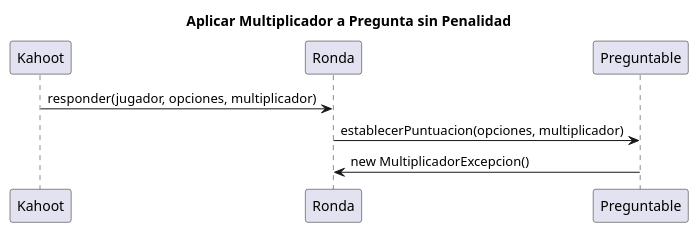
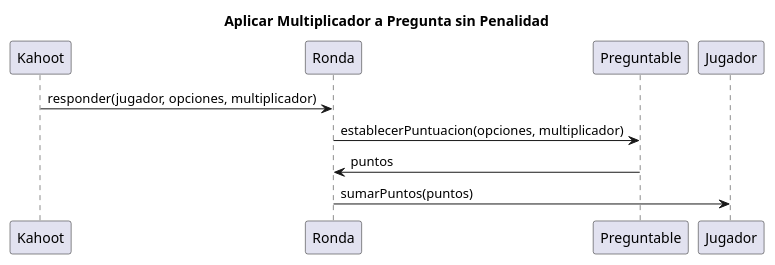
The diagram in doc/Diagramas/Diagramas_Secuencia/Multiplicador/aplicarMultiplicadorError.plantuml (gylopezgiles/TP2), drawn with PlantUML before and after one commit. The commit also changed 2 other files, not shown here.

Commit message:
arreglo diagrama de secuencia con nuevo comportamiento

```diff
--- a/doc/Diagramas/Diagramas_Secuencia/Multiplicador/aplicarMultiplicadorError.plantuml
+++ b/doc/Diagramas/Diagramas_Secuencia/Multiplicador/aplicarMultiplicadorError.plantuml
@@ -1,9 +1,10 @@
 @startuml
 
 title Aplicar Multiplicador a Pregunta sin Penalidad
 
 Kahoot -> Ronda: responder(jugador, opciones, multiplicador)
 Ronda -> Preguntable: establecerPuntuacion(opciones, multiplicador)
-Preguntable -> Ronda: new MultiplicadorExcepcion()
+Preguntable -> Ronda: puntos
+Ronda -> Jugador: sumarPuntos(puntos)
 
 @enduml
```
